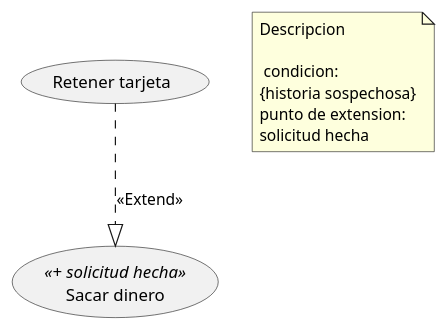
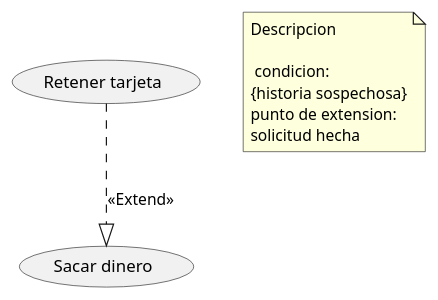
One commit to Ivandorum/C_D_UsosUML changed the diagram in Puntos_extension.puml. Above: the diagram before and after it, drawn with PlantUML.

```diff
--- a/Puntos_extension.puml
+++ b/Puntos_extension.puml
@@ -1,12 +1,11 @@
 @startuml
 
-(Sacar dinero)<<+ solicitud hecha>>
-
+(Sacar dinero)
 (Retener tarjeta)
 
 note "Descripcion\n \n condicion:\n{historia sospechosa}\npunto de extension:\nsolicitud hecha" as N1
 
 (Retener tarjeta)..|>(Sacar dinero):<<Extend>>
 
 
 @enduml
```
